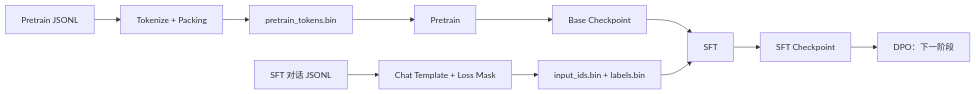
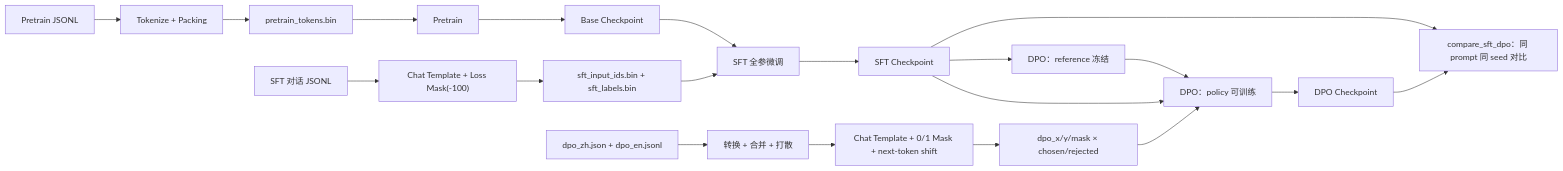
Before and after one commit to WenEnguang/train_llm: the diagram in README.md, drawn with Mermaid. The commit also changed other lines of this file, not shown here.

````diff
--- a/README.md
+++ b/README.md
@@ -11,13 +17,24 @@
 ```mermaid
 flowchart LR
     A["Pretrain JSONL"] --> B["Tokenize + Packing"]
     B --> C["pretrain_tokens.bin"]
     C --> D["Pretrain"]
     D --> E["Base Checkpoint"]
-    F["SFT 对话 JSONL"] --> G["Chat Template + Loss Mask"]
-    G --> H["input_ids.bin + labels.bin"]
-    E --> I["SFT"]
+
+    F["SFT 对话 JSONL"] --> G["Chat Template + Loss Mask(-100)"]
+    G --> H["sft_input_ids.bin + sft_labels.bin"]
+    E --> I["SFT 全参微调"]
     H --> I
     I --> J["SFT Checkpoint"]
-    J --> K["DPO：下一阶段"]
+
+    K["dpo_zh.json + dpo_en.jsonl"] --> L["转换 + 合并 + 打散"]
+    L --> M["Chat Template + 0/1 Mask + next-token shift"]
+    M --> N["dpo_x/y/mask × chosen/rejected"]
+    J --> O["DPO：policy 可训练"]
+    J --> P["DPO：reference 冻结"]
+    N --> O
+    P --> O
+    O --> Q["DPO Checkpoint"]
+    J --> R["compare_sft_dpo：同 prompt 同 seed 对比"]
+    Q --> R
 ```
````
